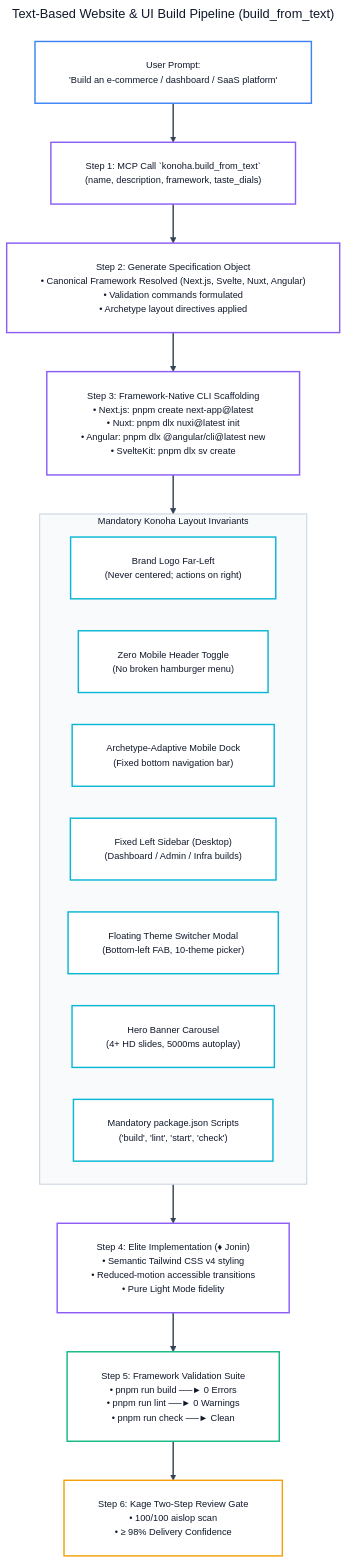
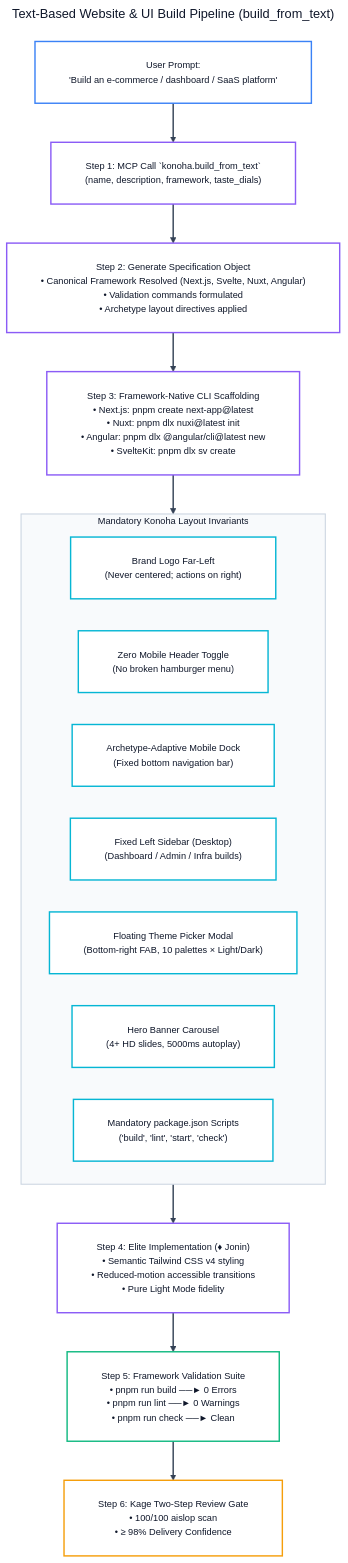
The fourth of 14 diagrams in docs/ALL-WORKFLOW-DIAGRAMS.md (andycungkrinx91/konoha), drawn with Mermaid before and after one commit. The commit also changed 45 other files, not shown here.

````diff
--- a/docs/ALL-WORKFLOW-DIAGRAMS.md
+++ b/docs/ALL-WORKFLOW-DIAGRAMS.md
@@ -237,62 +237,62 @@
 ```mermaid
 ---
 title: Text-Based Website & UI Build Pipeline (build_from_text)
 config:
   theme: base
   themeVariables:
     darkMode: false
     background: '#ffffff'
     mainBkg: '#ffffff'
     primaryColor: '#ffffff'
     primaryTextColor: '#0f172a'
     primaryBorderColor: '#3b82f6'
     lineColor: '#334155'
     arrowheadColor: '#334155'
     secondaryColor: '#f8fafc'
     tertiaryColor: '#ffffff'
     fontFamily: 'Inter, system-ui, -apple-system, sans-serif'
     fontSize: '13px'
   flowchart:
     nodeSpacing: 45
     rankSpacing: 55
     padding: 24
     wrappingWidth: 380
 ---
 flowchart TD
     UserReq["User Prompt:<br/>'Build an e-commerce / dashboard / SaaS platform'"] --> Step1["Step 1: MCP Call `konoha.build_from_text`<br/>(name, description, framework, taste_dials)"]
     Step1 --> Step2["Step 2: Generate Specification Object<br/>• Canonical Framework Resolved (Next.js, Svelte, Nuxt, Angular)<br/>• Validation commands formulated<br/>• Archetype layout directives applied"]
 
     Step2 --> Step3["Step 3: Framework-Native CLI Scaffolding<br/>• Next.js: pnpm create next-app@latest<br/>• Nuxt: pnpm dlx nuxi@latest init<br/>• Angular: pnpm dlx @angular/cli@latest new<br/>• SvelteKit: pnpm dlx sv create"]
 
     subgraph MandatoryInvariants ["Mandatory Konoha Layout Invariants"]
         I1["Brand Logo Far-Left<br/>(Never centered; actions on right)"]
         I2["Zero Mobile Header Toggle<br/>(No broken hamburger menu)"]
         I3["Archetype-Adaptive Mobile Dock<br/>(Fixed bottom navigation bar)"]
         I4["Fixed Left Sidebar (Desktop)<br/>(Dashboard / Admin / Infra builds)"]
-        I5["Floating Theme Switcher Modal<br/>(Bottom-left FAB, 10-theme picker)"]
+        I5["Floating Theme Picker Modal<br/>(Bottom-right FAB, 10 palettes × Light/Dark)"]
         I6["Hero Banner Carousel<br/>(4+ HD slides, 5000ms autoplay)"]
         I7["Mandatory package.json Scripts<br/>('build', 'lint', 'start', 'check')"]
     end
 
     Step3 --> MandatoryInvariants
     MandatoryInvariants --> Step4["Step 4: Elite Implementation (♦ Jonin)<br/>• Semantic Tailwind CSS v4 styling<br/>• Reduced-motion accessible transitions<br/>• Pure Light Mode fidelity"]
 
     Step4 --> Step5["Step 5: Framework Validation Suite<br/>• pnpm run build ──► 0 Errors<br/>• pnpm run lint  ──► 0 Warnings<br/>• pnpm run check ──► Clean"]
 
     Step5 --> Step6["Step 6: Kage Two-Step Review Gate<br/>• 100/100 aislop scan<br/>• ≥ 98% Delivery Confidence"]
 
     linkStyle default stroke:#334155,stroke-width:2px;
     style MandatoryInvariants fill:#f8fafc,stroke:#cbd5e1,stroke-width:1.5px,color:#0f172a;
 
     classDef reqNode fill:#ffffff,stroke:#3b82f6,color:#0f172a,stroke-width:2px;
     classDef scaffoldNode fill:#ffffff,stroke:#8b5cf6,color:#0f172a,stroke-width:2px;
     classDef invNode fill:#ffffff,stroke:#06b6d4,color:#0f172a,stroke-width:2px;
     classDef valNode fill:#ffffff,stroke:#10b981,color:#0f172a,stroke-width:2px;
     classDef gateNode fill:#ffffff,stroke:#f59e0b,color:#0f172a,stroke-width:2px;
 
     class UserReq reqNode;
     class Step1,Step2,Step3,Step4 scaffoldNode;
     class I1,I2,I3,I4,I5,I6,I7 invNode;
     class Step5 valNode;
     class Step6 gateNode;
 ```
````
